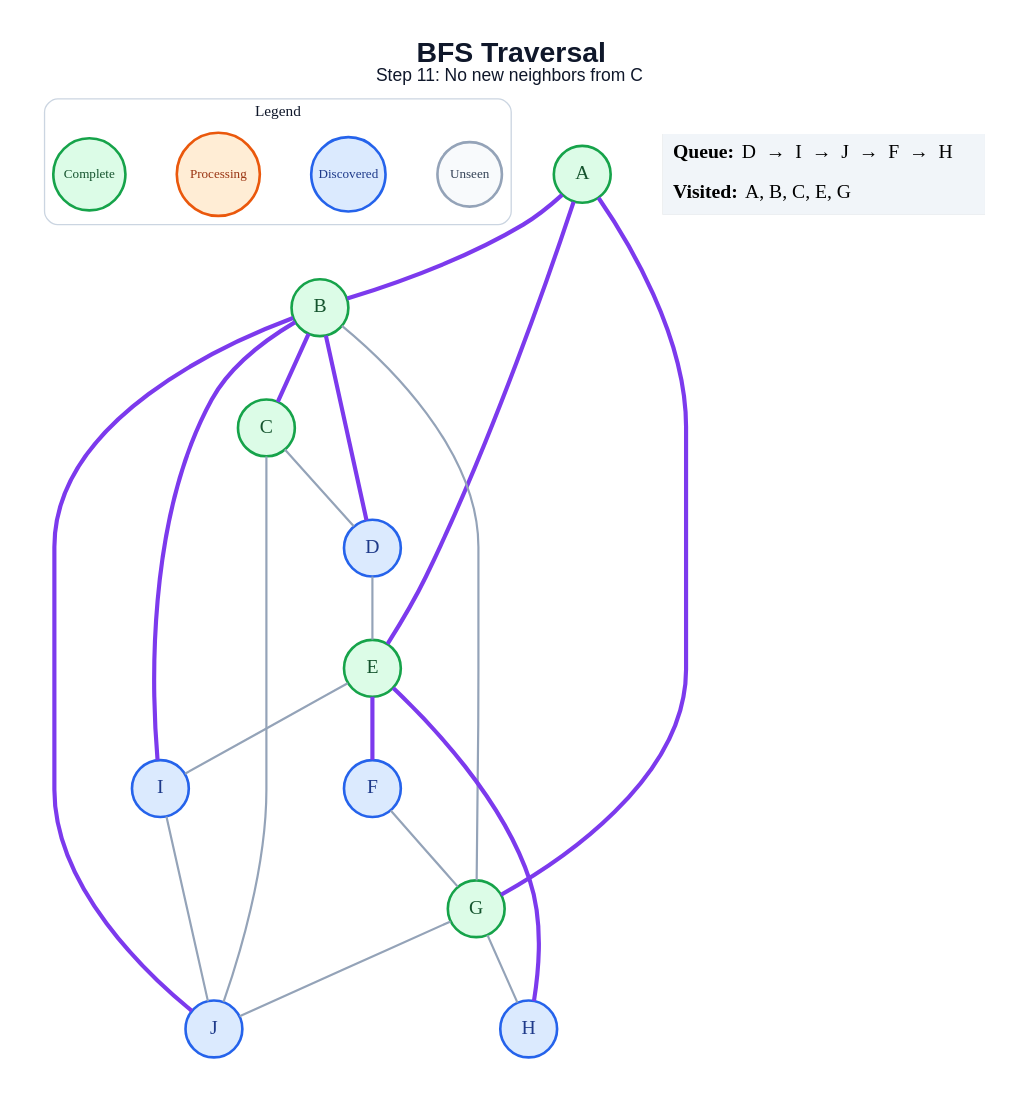
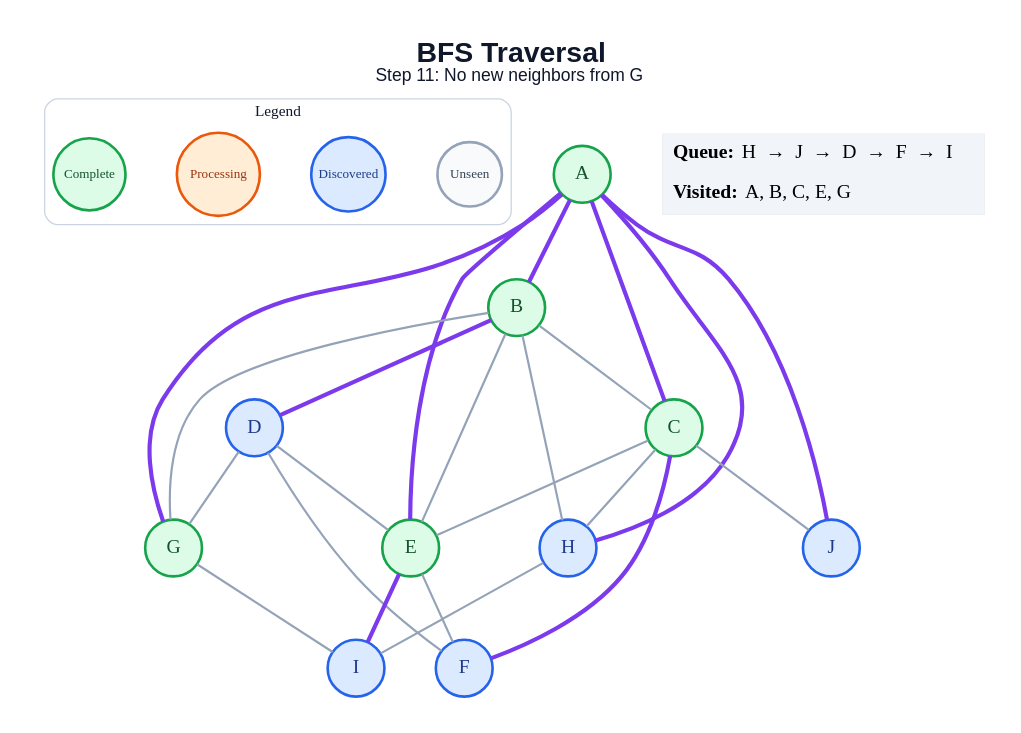
Before and after one commit to anon7238593-create/ai-slop: the diagram in generated/bfs/step_11.dot, drawn with Graphviz. The commit also changed 179 other files, not shown here.

```diff
--- a/generated/bfs/step_11.dot
+++ b/generated/bfs/step_11.dot
@@ -1,47 +1,51 @@
 graph traversal {
   graph [layout=dot, rankdir=TB, bgcolor="#FFFFFF", pad="0.35", nodesep="0.65", ranksep="0.8", fontname="Arial"];
   node [shape=circle, style="filled", fontname="Arial Bold", fontsize=18, width=0.72, fixedsize=true, penwidth=2.4];
   edge [color="#94A3B8", penwidth=2.0];
-  label=<<B>BFS Traversal</B><BR/><FONT POINT-SIZE="16">Step 11: No new neighbors from C</FONT>>; labelloc="t"; fontsize=26; fontname="Arial"; fontcolor="#0F172A";
+  label=<<B>BFS Traversal</B><BR/><FONT POINT-SIZE="16">Step 11: No new neighbors from G</FONT>>; labelloc="t"; fontsize=26; fontname="Arial"; fontcolor="#0F172A";
   subgraph cluster_legend { label="Legend"; color="#CBD5E1"; penwidth=1.2; style="rounded"; fontsize=14; fontname="Arial Bold";
     key_unseen [label="Unseen", fillcolor="#F8FAFC", color="#94A3B8", fontcolor="#334155", fontsize=12, width=0.82];
     key_frontier [label="Discovered", fillcolor="#DBEAFE", color="#2563EB", fontcolor="#1E3A8A", fontsize=12, width=0.95];
     key_current [label="Processing", fillcolor="#FFEDD5", color="#EA580C", fontcolor="#9A3412", fontsize=12, width=1.05];
     key_done [label="Complete", fillcolor="#DCFCE7", color="#16A34A", fontcolor="#14532D", fontsize=12, width=0.92];
     { rank=same; key_unseen; key_frontier; key_current; key_done; }
   }
   A [fillcolor="#DCFCE7", color="#16A34A", fontcolor="#14532D"];
   B [fillcolor="#DCFCE7", color="#16A34A", fontcolor="#14532D"];
   C [fillcolor="#DCFCE7", color="#16A34A", fontcolor="#14532D"];
   D [fillcolor="#DBEAFE", color="#2563EB", fontcolor="#1E3A8A"];
   E [fillcolor="#DCFCE7", color="#16A34A", fontcolor="#14532D"];
   F [fillcolor="#DBEAFE", color="#2563EB", fontcolor="#1E3A8A"];
   G [fillcolor="#DCFCE7", color="#16A34A", fontcolor="#14532D"];
   H [fillcolor="#DBEAFE", color="#2563EB", fontcolor="#1E3A8A"];
   I [fillcolor="#DBEAFE", color="#2563EB", fontcolor="#1E3A8A"];
   J [fillcolor="#DBEAFE", color="#2563EB", fontcolor="#1E3A8A"];
   A -- B [color="#7C3AED", penwidth=3.8];
+  A -- C [color="#7C3AED", penwidth=3.8];
   A -- E [color="#7C3AED", penwidth=3.8];
   A -- G [color="#7C3AED", penwidth=3.8];
-  B -- C [color="#7C3AED", penwidth=3.8];
+  A -- H [color="#7C3AED", penwidth=3.8];
+  A -- J [color="#7C3AED", penwidth=3.8];
+  B -- C;
   B -- D [color="#7C3AED", penwidth=3.8];
+  B -- E;
   B -- G;
-  B -- I [color="#7C3AED", penwidth=3.8];
-  B -- J [color="#7C3AED", penwidth=3.8];
-  C -- D;
+  B -- H;
+  C -- E;
+  C -- F [color="#7C3AED", penwidth=3.8];
+  C -- H;
   C -- J;
   D -- E;
-  E -- F [color="#7C3AED", penwidth=3.8];
-  E -- H [color="#7C3AED", penwidth=3.8];
-  E -- I;
-  F -- G;
-  G -- H;
-  G -- J;
-  I -- J;
+  D -- F;
+  D -- G;
+  E -- F;
+  E -- I [color="#7C3AED", penwidth=3.8];
+  G -- I;
+  H -- I;
   status [shape=plain, fixedsize=false, width=0, height=0, margin=0, label=<
     <TABLE BORDER="0" CELLBORDER="0" CELLPADDING="7" BGCOLOR="#F1F5F9">
-      <TR><TD ALIGN="LEFT"><B>Queue:</B> D  →  I  →  J  →  F  →  H</TD></TR>
+      <TR><TD ALIGN="LEFT"><B>Queue:</B> H  →  J  →  D  →  F  →  I</TD></TR>
       <TR><TD ALIGN="LEFT"><B>Visited:</B> A, B, C, E, G</TD></TR>
     </TABLE>
   >];
 }
```
